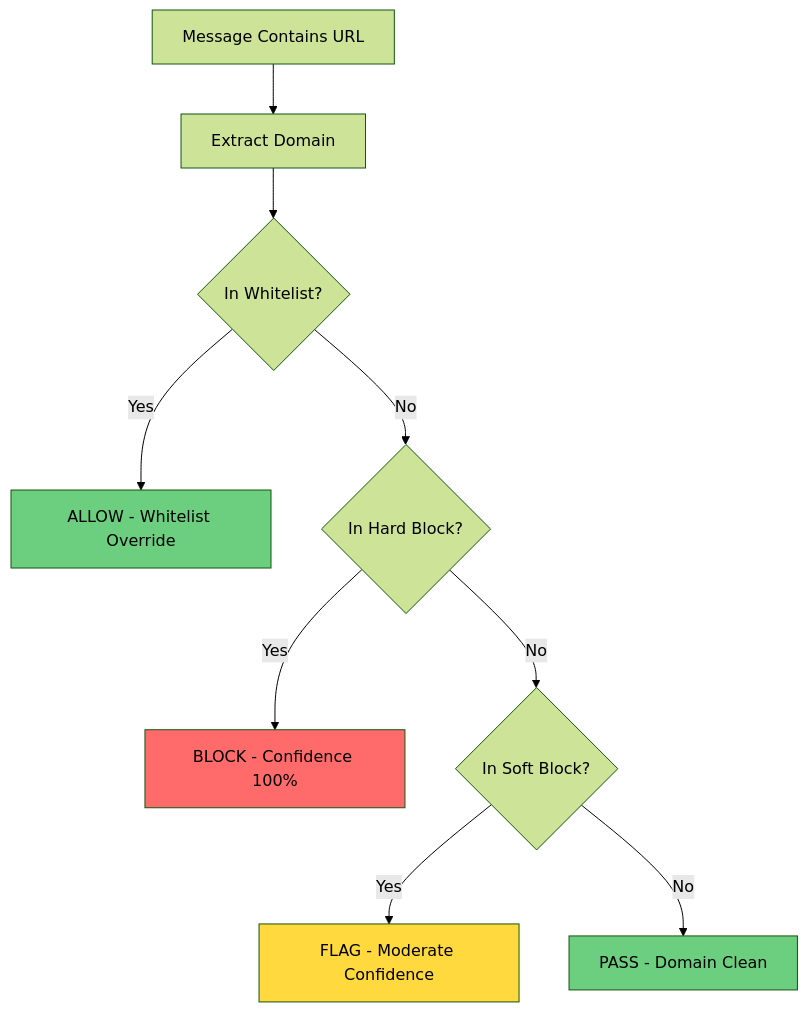
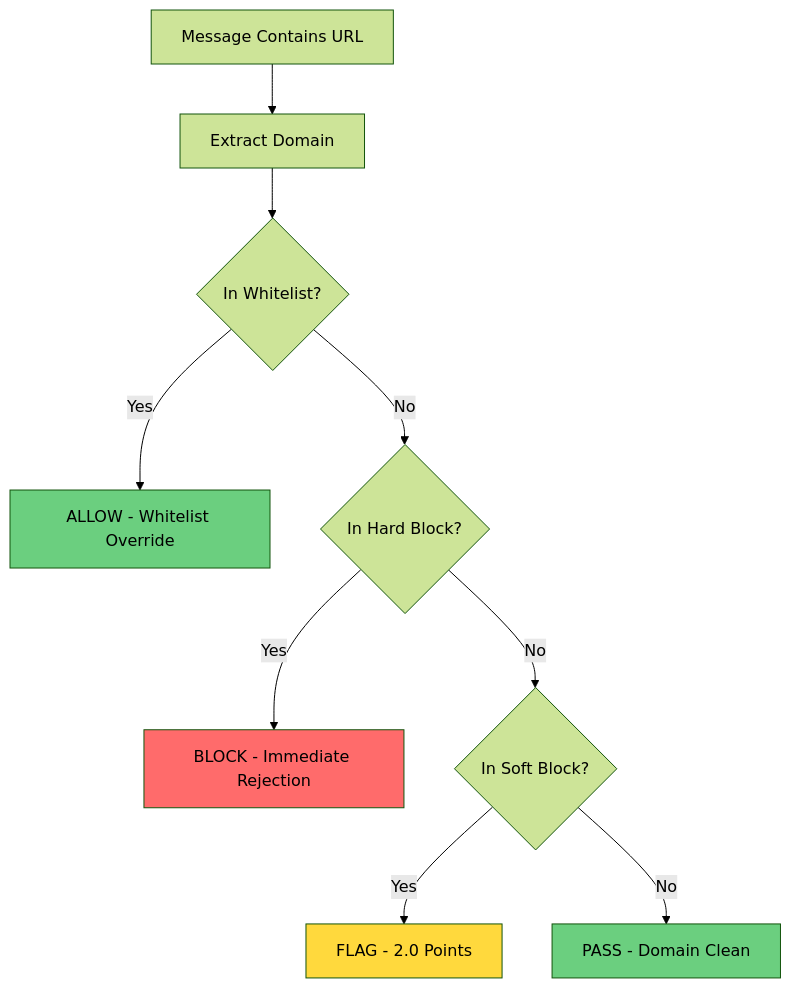
One commit to musicislife08/TelegramGroupsAdmin changed the diagram in TelegramGroupsAdmin/Docs/features/04-url-filtering.md. Above: the diagram before and after it, drawn with Mermaid (forest theme). The commit also changed other lines of this file and 21 other files, not shown here.

````diff
--- a/TelegramGroupsAdmin/Docs/features/04-url-filtering.md
+++ b/TelegramGroupsAdmin/Docs/features/04-url-filtering.md
@@ -21,16 +21,16 @@
 ```mermaid
 flowchart TD
     A[Message Contains URL] --> B[Extract Domain]
     B --> C{In Whitelist?}
     C -->|Yes| D[ALLOW - Whitelist Override]
     C -->|No| E{In Hard Block?}
-    E -->|Yes| F[BLOCK - Confidence 100%]
+    E -->|Yes| F[BLOCK - Immediate Rejection]
     E -->|No| G{In Soft Block?}
-    G -->|Yes| H[FLAG - Moderate Confidence]
+    G -->|Yes| H[FLAG - 2.0 Points]
     G -->|No| I[PASS - Domain Clean]
 
     style D fill:#6bcf7f
     style F fill:#ff6b6b
     style H fill:#ffd93d
     style I fill:#6bcf7f
 ```
````
